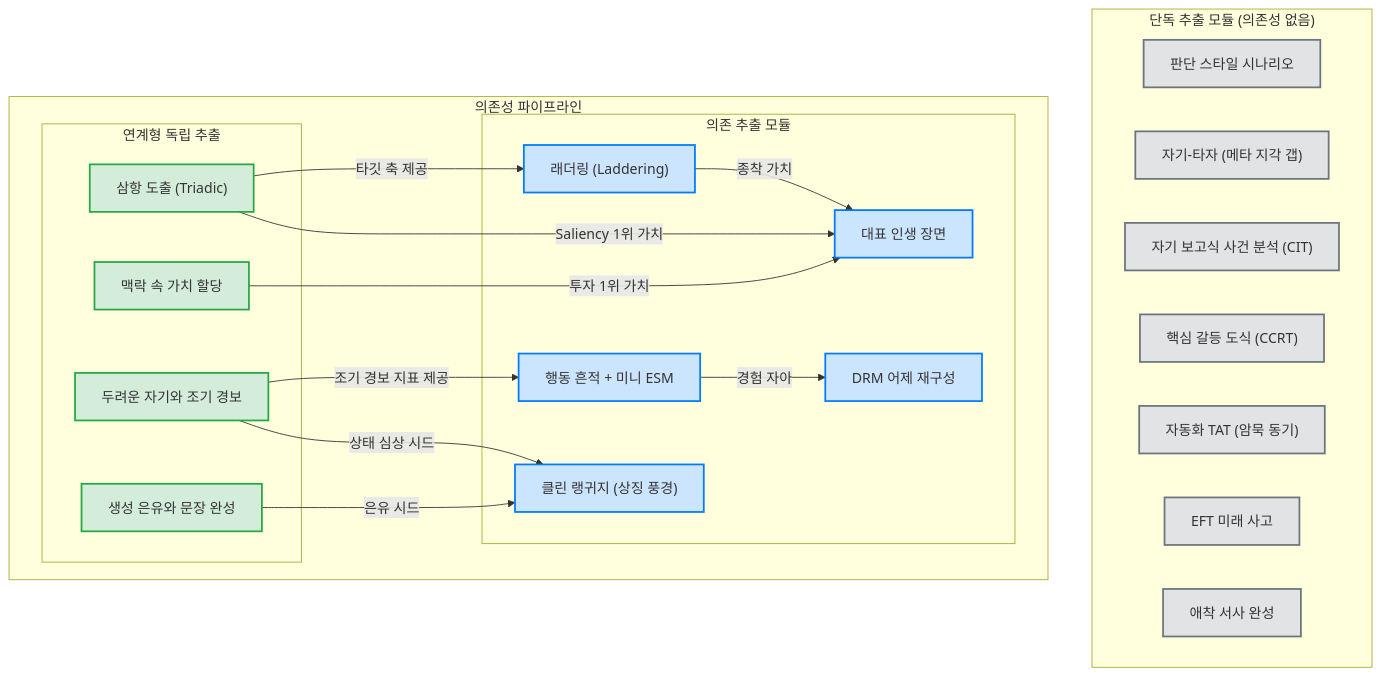
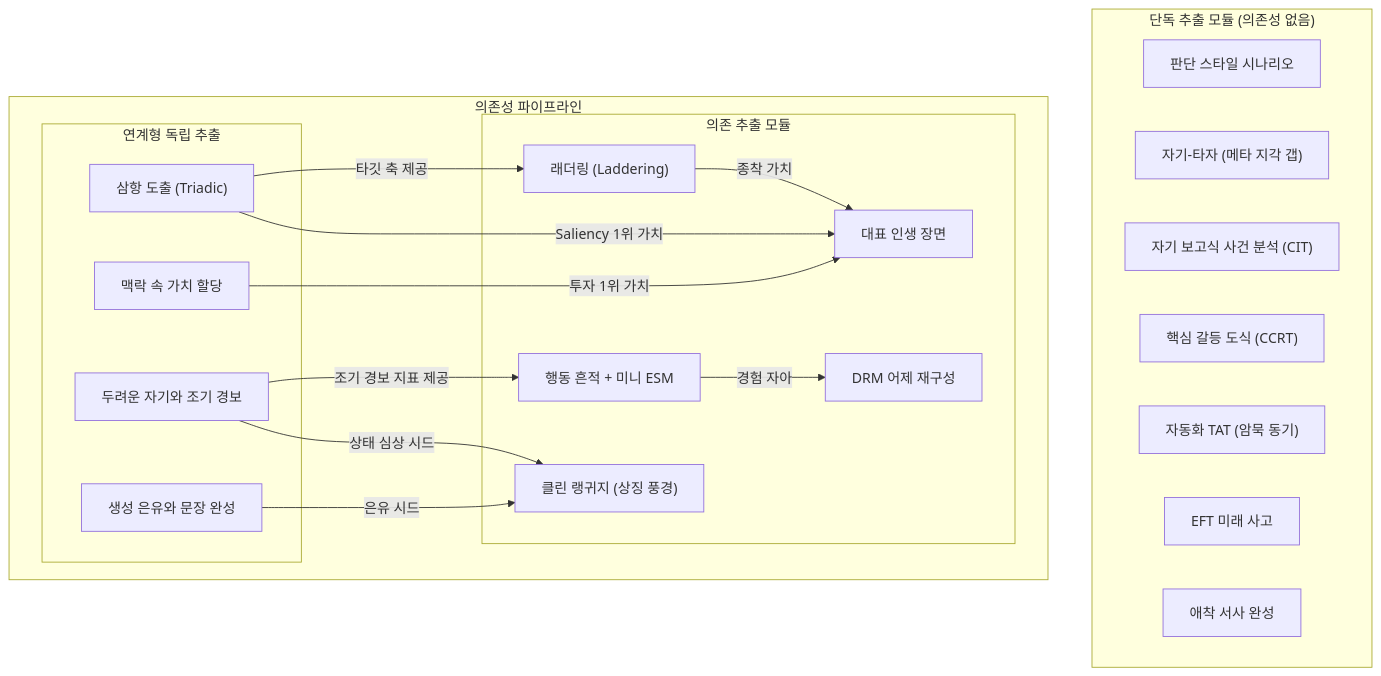
One commit to YiTanJang/extracting-the-human-mind changed the diagram in Extracting the human mind.md. Above: the diagram before and after it, drawn with Mermaid.

Commit message:
chore: remove colors from dependency chart

````diff
--- a/Extracting the human mind.md
+++ b/Extracting the human mind.md
@@ -80,42 +80,38 @@
 ```mermaid
 graph TD
-    classDef startNode fill:#d4edda,stroke:#28a745,stroke-width:2px;
-    classDef depNode fill:#cce5ff,stroke:#007bff,stroke-width:2px;
-    classDef standaloneNode fill:#e2e3e5,stroke:#6c757d,stroke-width:2px;
-
     subgraph "단독 추출 모듈 (의존성 없음)"
-        M4["판단 스타일 시나리오"]:::standaloneNode
-        M5["자기-타자 (메타 지각 갭)"]:::standaloneNode
-        M6["자기 보고식 사건 분석 (CIT)"]:::standaloneNode
-        M7["핵심 갈등 도식 (CCRT)"]:::standaloneNode
-        M9["자동화 TAT (암묵 동기)"]:::standaloneNode
-        M10["EFT 미래 사고"]:::standaloneNode
-        M11["애착 서사 완성"]:::standaloneNode
+        M4["판단 스타일 시나리오"]
+        M5["자기-타자 (메타 지각 갭)"]
+        M6["자기 보고식 사건 분석 (CIT)"]
+        M7["핵심 갈등 도식 (CCRT)"]
+        M9["자동화 TAT (암묵 동기)"]
+        M10["EFT 미래 사고"]
+        M11["애착 서사 완성"]
     end
 
     subgraph "의존성 파이프라인"
         subgraph "연계형 독립 추출"
-            M1["생성 은유와 문장 완성"]:::startNode
-            M2["맥락 속 가치 할당"]:::startNode
-            M3["두려운 자기와 조기 경보"]:::startNode
-            M8["삼항 도출 (Triadic)"]:::startNode
+            M1["생성 은유와 문장 완성"]
+            M2["맥락 속 가치 할당"]
+            M3["두려운 자기와 조기 경보"]
+            M8["삼항 도출 (Triadic)"]
         end
 
         subgraph "의존 추출 모듈"
-            D1["래더링 (Laddering)"]:::depNode
-            D2["대표 인생 장면"]:::depNode
-            D3["행동 흔적 + 미니 ESM"]:::depNode
-            D4["DRM 어제 재구성"]:::depNode
-            D5["클린 랭귀지 (상징 풍경)"]:::depNode
+            D1["래더링 (Laddering)"]
+            D2["대표 인생 장면"]
+            D3["행동 흔적 + 미니 ESM"]
+            D4["DRM 어제 재구성"]
+            D5["클린 랭귀지 (상징 풍경)"]
         end
     end
 
     M8 -->|타깃 축 제공| D1
     M8 -->|Saliency 1위 가치| D2
     D1 -->|종착 가치| D2
     M2 -->|투자 1위 가치| D2
     M3 -->|조기 경보 지표 제공| D3
     D3 -->|경험 자아| D4
     M1 -->|은유 시드| D5
     M3 -->|상태 심상 시드| D5
 ```
````
